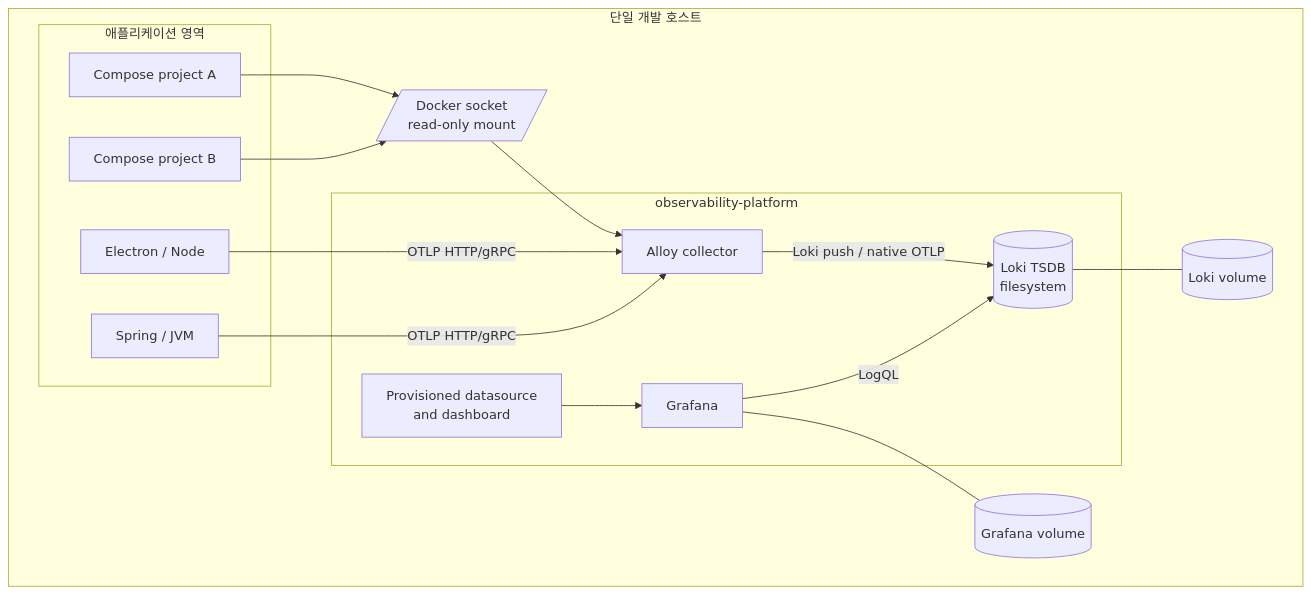
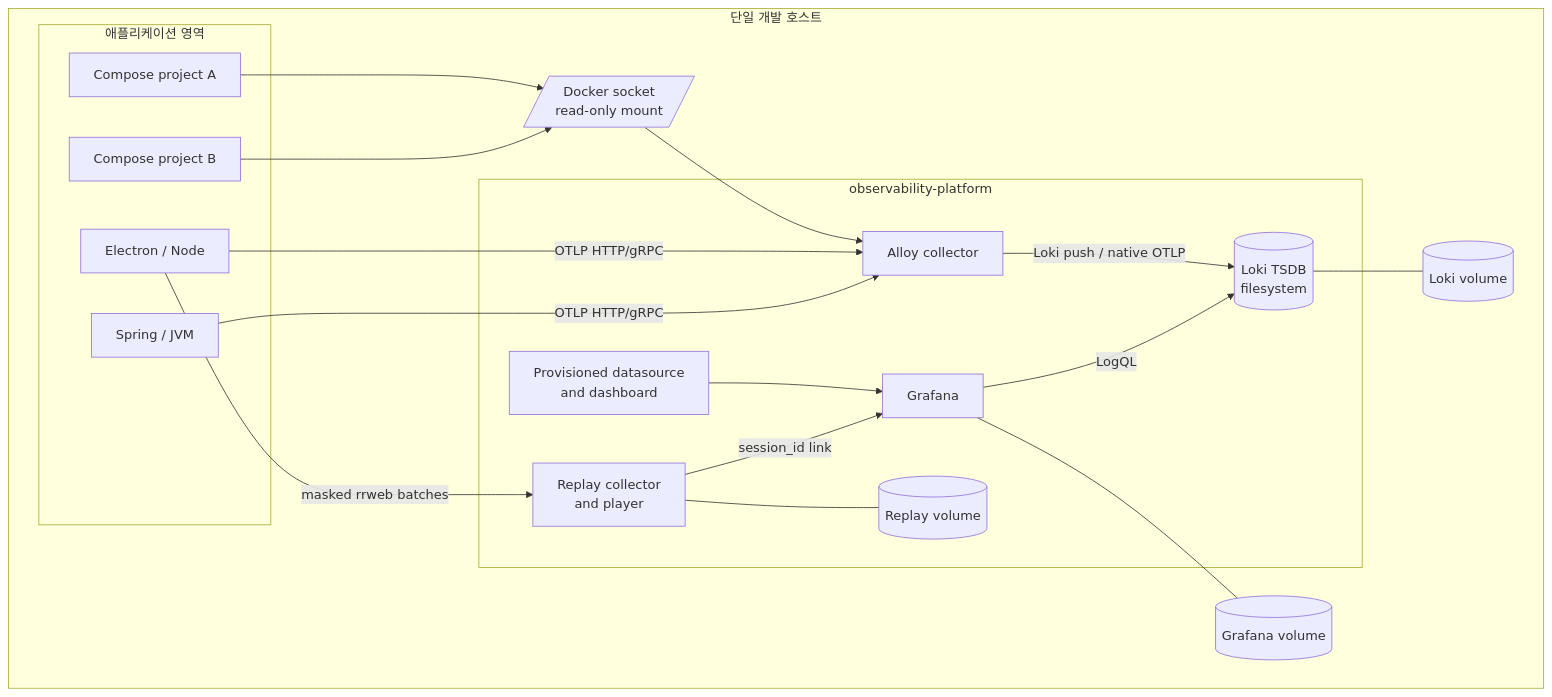
The first of 2 diagrams in docs/architecture.md (lvucatmull/observability-platform), drawn with Mermaid before and after one commit. The commit also changed other lines of this file and 32 other files, not shown here.

Commit message:
feat: add self-hosted session replay

````diff
--- a/docs/architecture.md
+++ b/docs/architecture.md
@@ -9,33 +9,38 @@
 ```mermaid
 flowchart TB
     subgraph Host[단일 개발 호스트]
         subgraph Apps[애플리케이션 영역]
             C1[Compose project A]
             C2[Compose project B]
             N1[Electron / Node]
             J1[Spring / JVM]
         end
 
         subgraph O11y[observability-platform]
             A[Alloy collector]
             L[(Loki TSDB\nfilesystem)]
             G[Grafana]
             P[Provisioned datasource\nand dashboard]
+            R[Replay collector\nand player]
+            RV[(Replay volume)]
         end
 
         S[/Docker socket\nread-only mount/]
         V1[(Loki volume)]
         V2[(Grafana volume)]
     end
 
     C1 --> S
     C2 --> S
     S --> A
     N1 -->|OTLP HTTP/gRPC| A
+    N1 -->|masked rrweb batches| R
     J1 -->|OTLP HTTP/gRPC| A
     A -->|Loki push / native OTLP| L
     L --- V1
     P --> G
     G -->|LogQL| L
     G --- V2
+    R --- RV
+    R -->|session_id link| G
 ```
````
